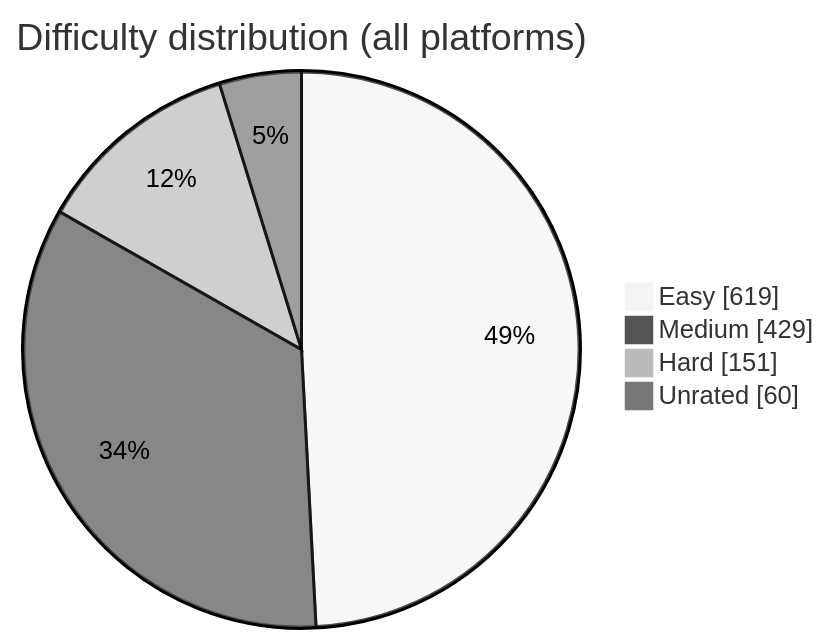
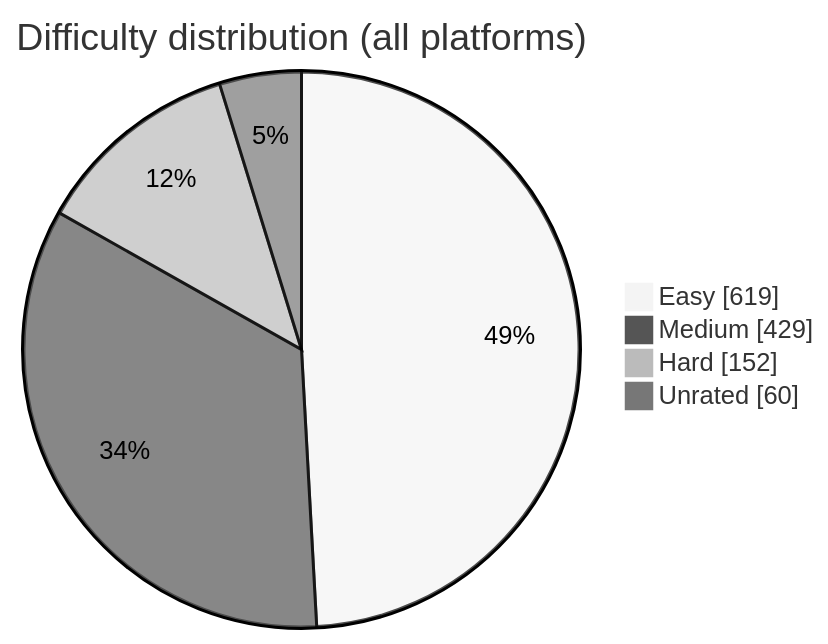
Before and after one commit to BuildbyArindam/Daily-Coding-Log: the diagram in README.md, drawn with Mermaid (neutral theme). The commit also changed other lines of this file, not shown here.

````diff
--- a/README.md
+++ b/README.md
@@ -93,7 +93,7 @@
 ```mermaid
 pie showData title Difficulty distribution (all platforms)
     "Easy" : 619
     "Medium" : 429
-    "Hard" : 151
+    "Hard" : 152
     "Unrated" : 60
 ```
````
